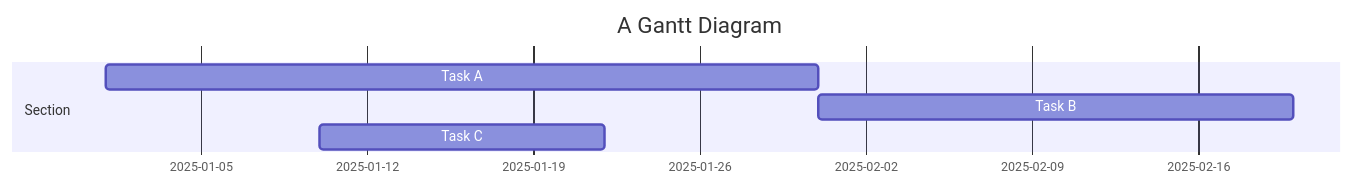
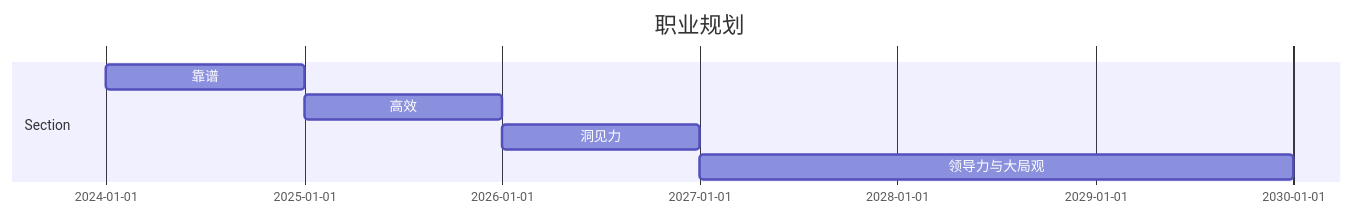
The diagram in _posts/2018-12-22-distill.md (Florencehuaaa/huaaa.github.io), drawn with Mermaid before and after one commit. The commit also changed other lines of this file and 10 other files, not shown here.

````diff
--- a/_posts/2018-12-22-distill.md
+++ b/_posts/2018-12-22-distill.md
@@ -210,10 +201,11 @@
 ```mermaid
 gantt
-    dateFormat  YYYY-MM-DD
-    title A Gantt Diagram
+    dateFormat  YYYY
+    title 职业规划
 
     section Section
-    Task A           :a1, 2025-01-01, 30d
-    Task B           :after a1, 20d
-    Task C           :2025-01-10, 12d
+    靠谱           :2024, 1y
+    高效           :2025, 1y
+    洞见力          :2026, 1y
+    领导力与大局观   :2027, 3y
 ```
````
